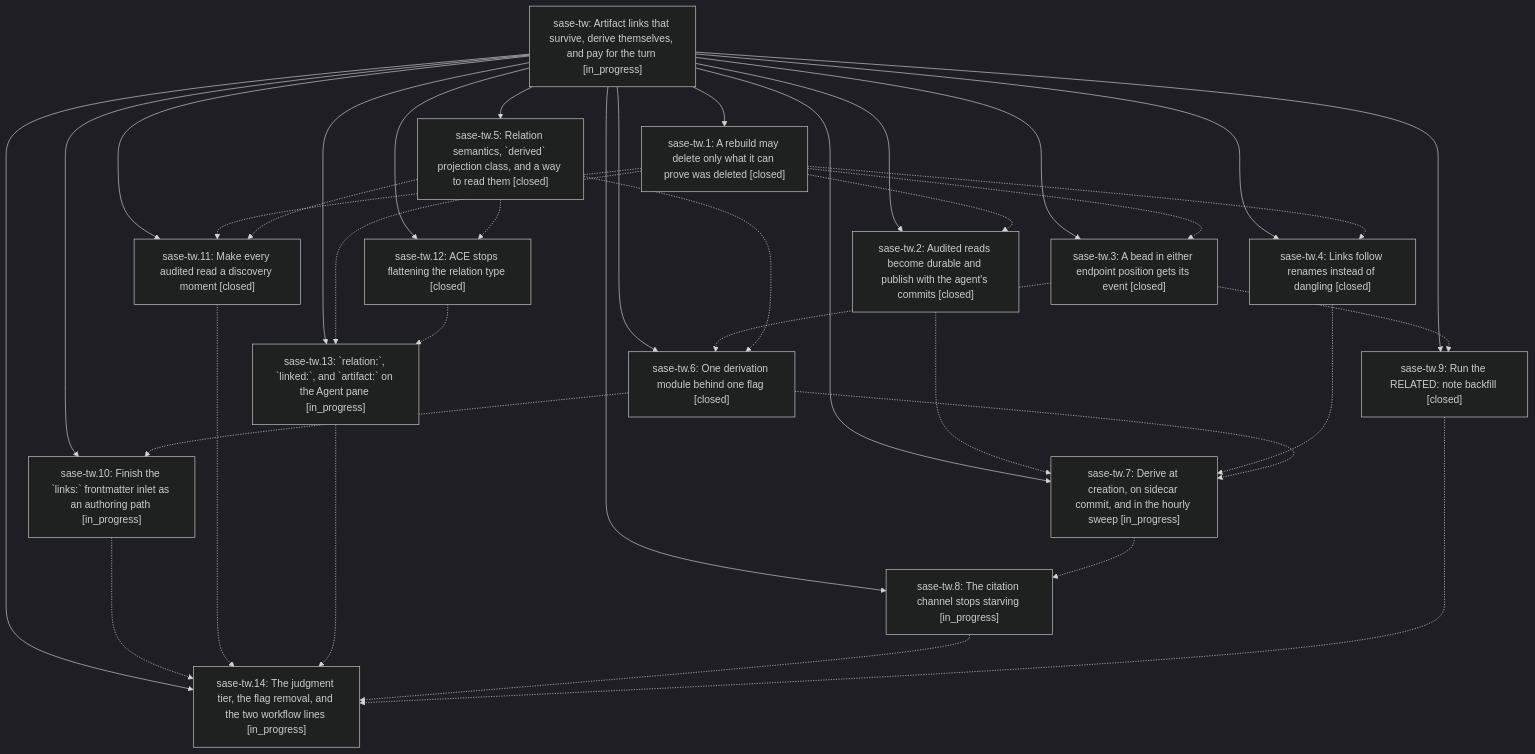
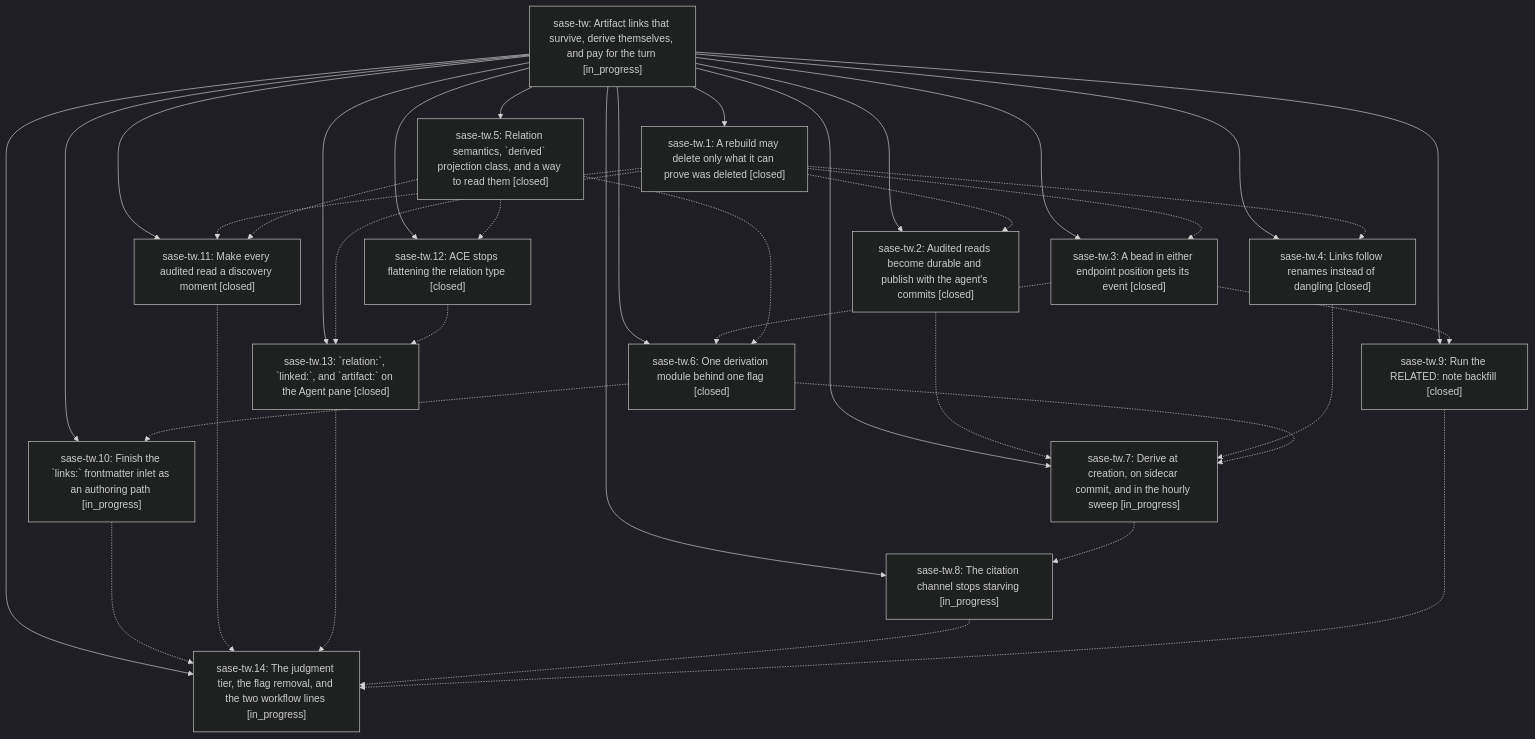
The diagram in pages/sase-tw/README.md (sase-org/sase--beads), drawn with Mermaid (dark theme) before and after one commit. The commit also changed other lines of this file and 6 other files, not shown here.

````diff
--- a/pages/sase-tw/README.md
+++ b/pages/sase-tw/README.md
@@ -74,53 +76,53 @@
 ```mermaid
 flowchart TD
     n0["sase-tw: Artifact links that survive, derive themselves, and pay for the turn [in_progress]"]
     n1["sase-tw.1: A rebuild may delete only what it can prove was deleted [closed]"]
     n2["sase-tw.10: Finish the `links:` frontmatter inlet as an authoring path [in_progress]"]
     n3["sase-tw.11: Make every audited read a discovery moment [closed]"]
     n4["sase-tw.12: ACE stops flattening the relation type [closed]"]
-    n5["sase-tw.13: `relation:`, `linked:`, and `artifact:` on the Agent pane [in_progress]"]
+    n5["sase-tw.13: `relation:`, `linked:`, and `artifact:` on the Agent pane [closed]"]
     n6["sase-tw.14: The judgment tier, the flag removal, and the two workflow lines [in_progress]"]
     n7["sase-tw.2: Audited reads become durable and publish with the agent's commits [closed]"]
     n8["sase-tw.3: A bead in either endpoint position gets its event [closed]"]
     n9["sase-tw.4: Links follow renames instead of dangling [closed]"]
     n10["sase-tw.5: Relation semantics, `derived` projection class, and a way to read them [closed]"]
     n11["sase-tw.6: One derivation module behind one flag [closed]"]
     n12["sase-tw.7: Derive at creation, on sidecar commit, and in the hourly sweep [in_progress]"]
     n13["sase-tw.8: The citation channel stops starving [in_progress]"]
     n14["sase-tw.9: Run the RELATED: note backfill [closed]"]
     n0 --> n1
     n0 --> n2
     n0 --> n3
     n0 --> n4
     n0 --> n5
     n0 --> n6
     n0 --> n7
     n0 --> n8
     n0 --> n9
     n0 --> n10
     n0 --> n11
     n0 --> n12
     n0 --> n13
     n0 --> n14
     n1 -.-> n3
     n1 -.-> n5
     n1 -.-> n7
     n1 -.-> n8
     n1 -.-> n9
     n2 -.-> n6
     n3 -.-> n6
     n4 -.-> n5
     n5 -.-> n6
     n7 -.-> n12
     n8 -.-> n11
     n8 -.-> n14
     n9 -.-> n12
     n10 -.-> n3
     n10 -.-> n4
     n10 -.-> n11
     n11 -.-> n2
     n11 -.-> n12
     n12 -.-> n13
     n13 -.-> n6
     n14 -.-> n6
 ```
````
